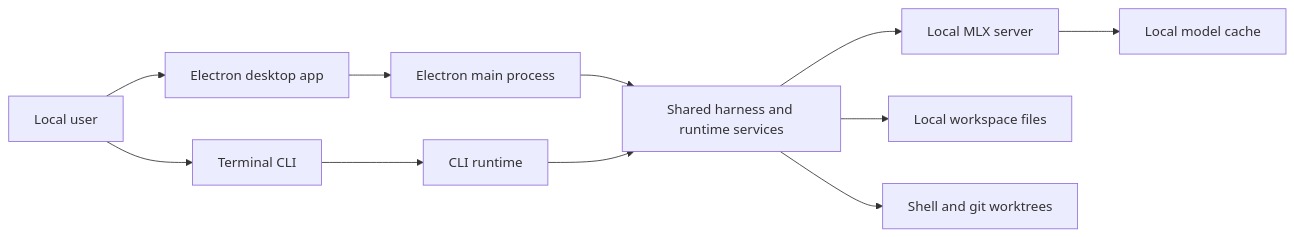
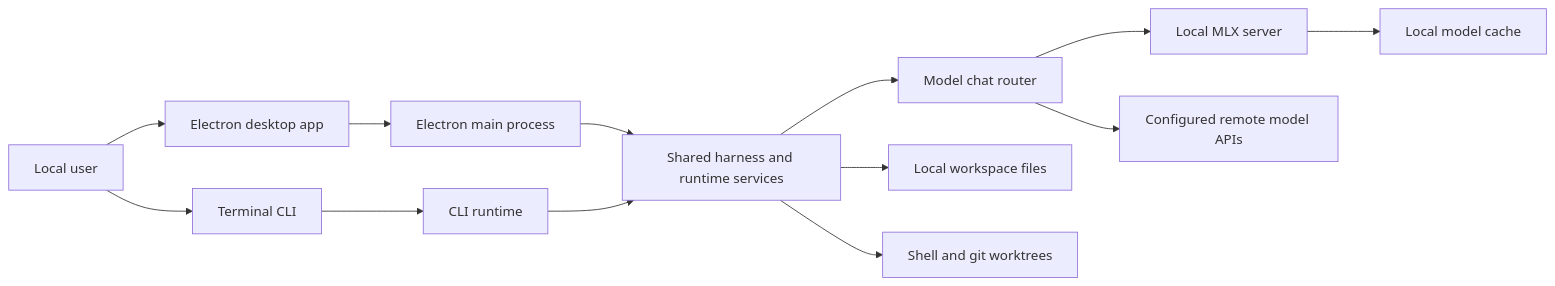
Before and after one commit to martinbechard/gemma_code: the second of 9 diagrams in docs/wiki/technical/architecture.md, drawn with Mermaid. The commit also changed other lines of this file and 33 other files, not shown here.

Commit message:
feat: support configured remote models

````diff
--- a/docs/wiki/technical/architecture.md
+++ b/docs/wiki/technical/architecture.md
@@ -114,13 +123,15 @@
 ```mermaid
 flowchart LR
   User["Local user"] --> Desktop["Electron desktop app"]
   User --> Terminal["Terminal CLI"]
   Desktop --> MainProcess["Electron main process"]
   Terminal --> CliRuntime["CLI runtime"]
   MainProcess --> SharedHarness["Shared harness and runtime services"]
   CliRuntime --> SharedHarness
-  SharedHarness --> MlxServer["Local MLX server"]
+  SharedHarness --> ModelRouter["Model chat router"]
+  ModelRouter --> MlxServer["Local MLX server"]
+  ModelRouter --> RemoteApis["Configured remote model APIs"]
   SharedHarness --> Workspace["Local workspace files"]
   SharedHarness --> ShellGit["Shell and git worktrees"]
   MlxServer --> ModelCache["Local model cache"]
 ```
````
